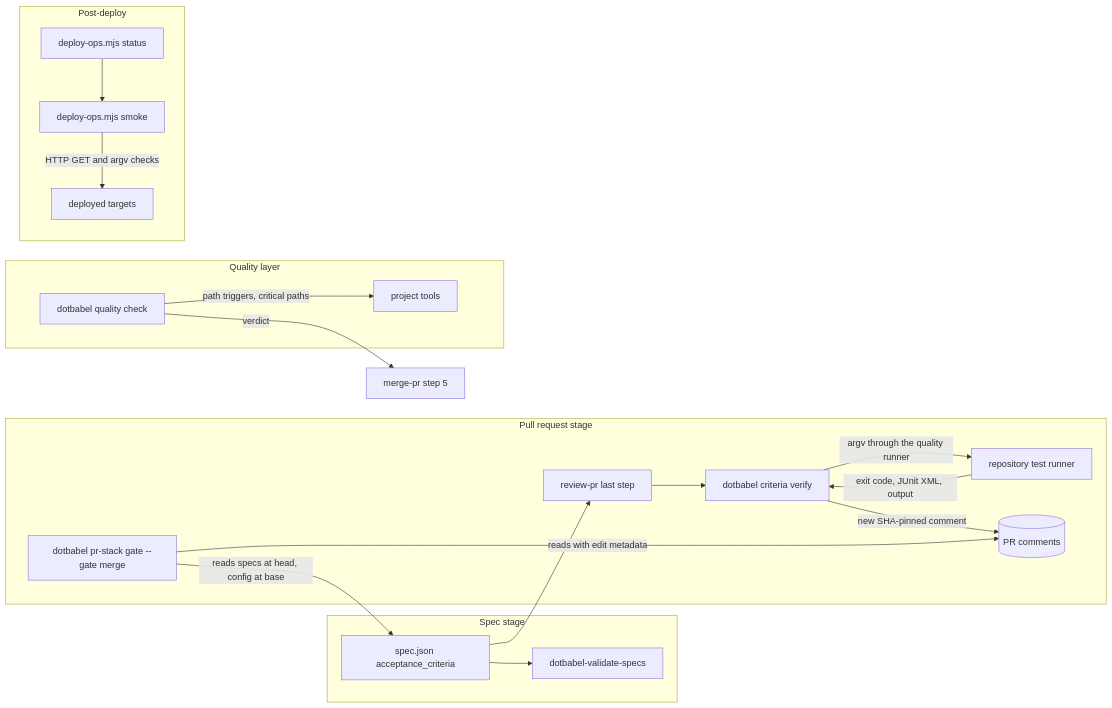
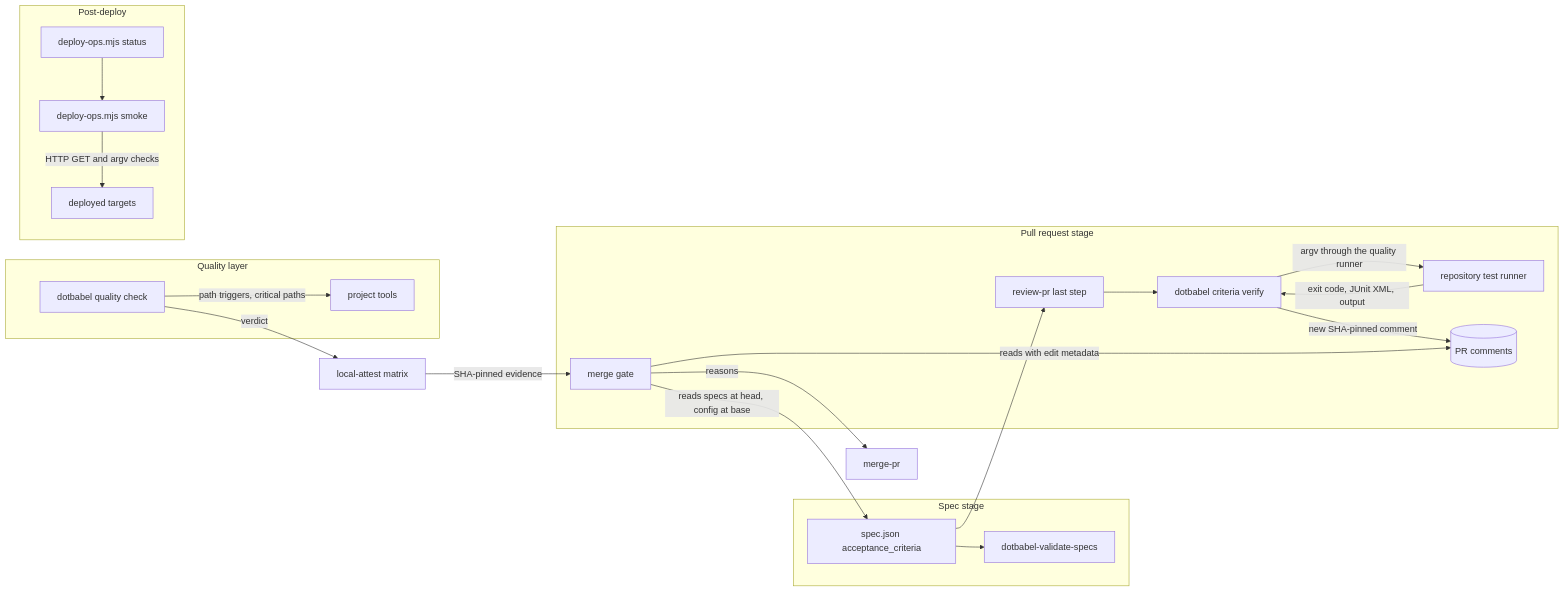
One commit to kaiohenricunha/dotbabel changed the diagram in docs/specs/qa-verification-harness/spec/3-high-level-architecture.md. Above: the diagram before and after it, drawn with Mermaid. The commit also changed 39 other files, not shown here.

First line of the commit message:
feat(gates): reuse SHA-pinned attestation evidence at merge time (P-G1) (#400)

````diff
--- a/docs/specs/qa-verification-harness/spec/3-high-level-architecture.md
+++ b/docs/specs/qa-verification-harness/spec/3-high-level-architecture.md
@@ -17,23 +17,25 @@
 ```mermaid
 flowchart LR
   subgraph SpecStage[Spec stage]
     SJ[spec.json acceptance_criteria] --> VS[dotbabel-validate-specs]
   end
   subgraph PRStage[Pull request stage]
     RP[review-pr last step] --> CV[dotbabel criteria verify]
     CV -->|argv through the quality runner| TR[repository test runner]
     TR -->|exit code, JUnit XML, output| CV
     CV -->|new SHA-pinned comment| GC[(PR comments)]
     MG[dotbabel pr-stack gate --gate merge] -->|reads with edit metadata| GC
     MG -->|reads specs at head, config at base| SJ
   end
   subgraph QualityLayer[Quality layer]
     QC[dotbabel quality check] -->|path triggers, critical paths| PT[project tools]
   end
   subgraph PostDeploy[Post-deploy]
     DS[deploy-ops.mjs status] --> SM[deploy-ops.mjs smoke]
     SM -->|HTTP GET and argv checks| DT[deployed targets]
   end
   SJ --> RP
-  QC -->|verdict| MP[merge-pr step 5]
+  QC -->|verdict| LA[local-attest matrix]
+  LA -->|SHA-pinned evidence| MG[merge gate]
+  MG -->|reasons| MP[merge-pr]
 ```
````
